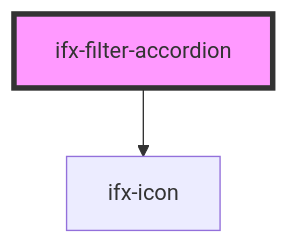
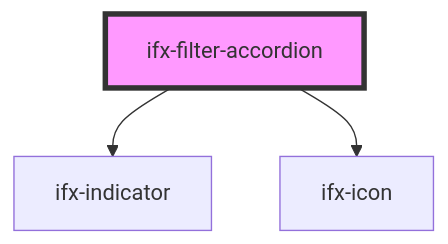
The diagram in packages/components/src/components/table-advanced-version/filter-type-group/filter-accordion/readme.md (Infineon/infineon-design-system-stencil), drawn with Mermaid before and after one commit. The commit also changed other lines of this file and 5 other files, not shown here.

````diff
--- a/packages/components/src/components/table-advanced-version/filter-type-group/filter-accordion/readme.md
+++ b/packages/components/src/components/table-advanced-version/filter-type-group/filter-accordion/readme.md
@@ -30,5 +31,6 @@
 ```mermaid
 graph TD;
+  ifx-filter-accordion --> ifx-indicator
   ifx-filter-accordion --> ifx-icon
   style ifx-filter-accordion fill:#f9f,stroke:#333,stroke-width:4px
 ```
````
